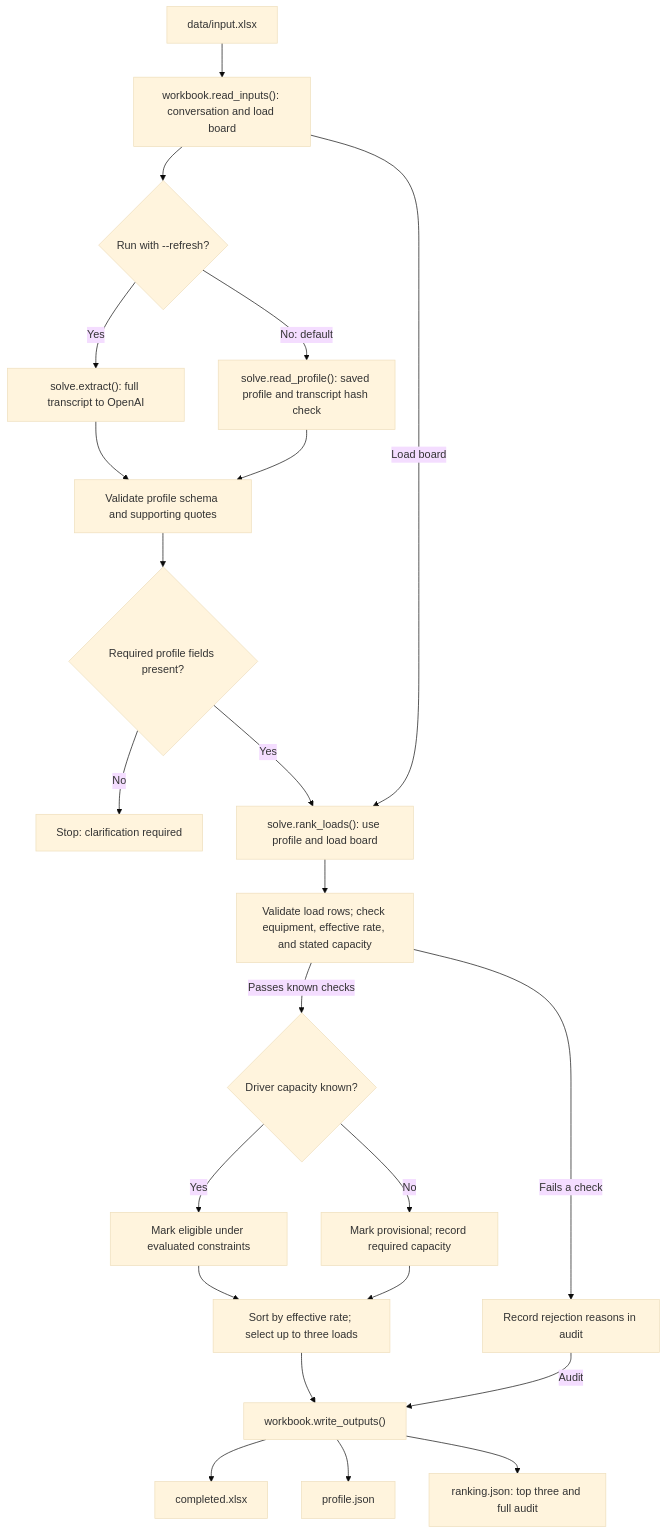
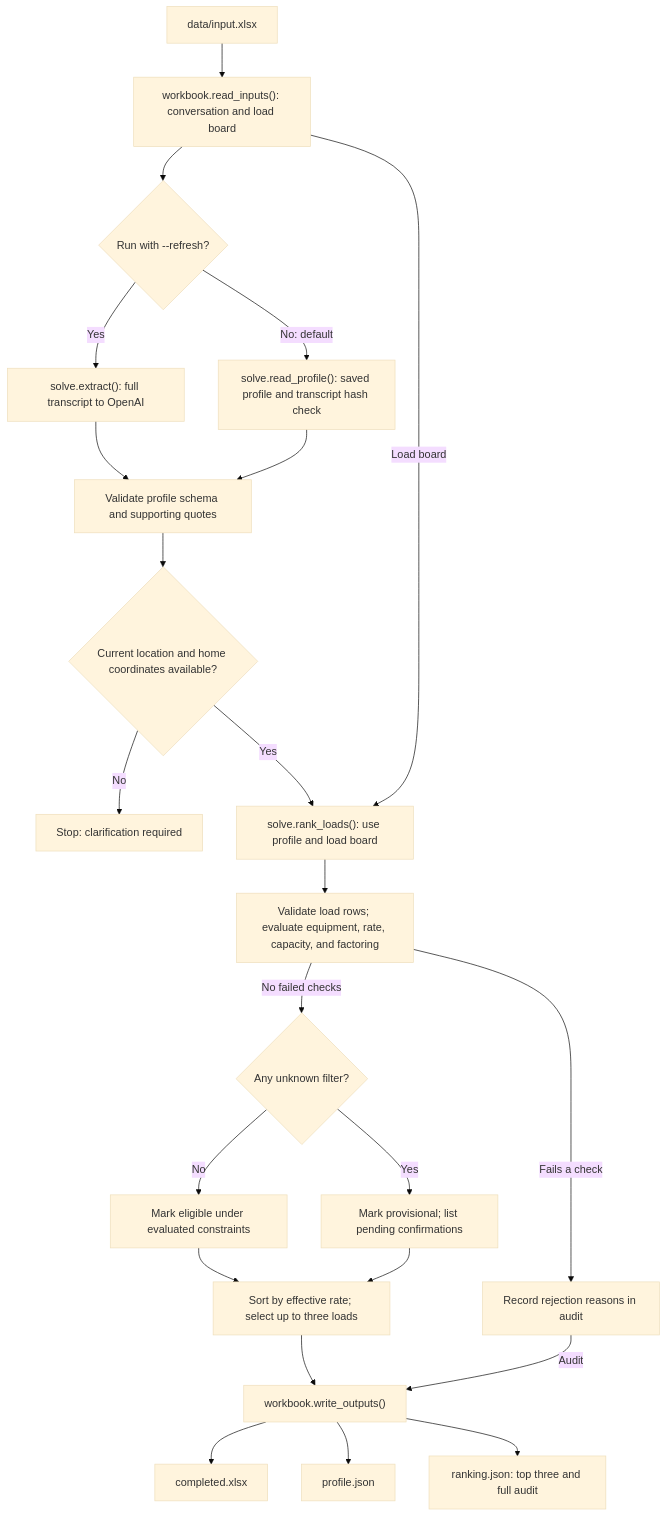
Before and after one commit to vincewu51/cinesis-load-matcher: the diagram in README.md, drawn with Mermaid (base theme). The commit also changed other lines of this file and 4 other files, not shown here.

Commit message:
Generalize provisional checks across load filters

````diff
--- a/README.md
+++ b/README.md
@@ -54,25 +54,25 @@
 ```mermaid
 flowchart TD
     Input["data/input.xlsx"] --> Read["workbook.read_inputs(): conversation and load board"]
     Read --> Mode{"Run with --refresh?"}
     Mode -->|Yes| Extract["solve.extract(): full transcript to OpenAI"]
     Mode -->|No: default| Replay["solve.read_profile(): saved profile and transcript hash check"]
     Extract --> Validate["Validate profile schema and supporting quotes"]
     Replay --> Validate
-    Validate --> Ready{"Required profile fields present?"}
+    Validate --> Ready{"Current location and home coordinates available?"}
     Ready -->|No| Stop["Stop: clarification required"]
     Ready -->|Yes| Rank["solve.rank_loads(): use profile and load board"]
     Read -->|Load board| Rank
-    Rank --> Filter["Validate load rows; check equipment, effective rate, and stated capacity"]
+    Rank --> Filter["Validate load rows; evaluate equipment, rate, capacity, and factoring"]
     Filter -->|Fails a check| Reject["Record rejection reasons in audit"]
-    Filter -->|Passes known checks| Capacity{"Driver capacity known?"}
-    Capacity -->|Yes| Eligible["Mark eligible under evaluated constraints"]
-    Capacity -->|No| Provisional["Mark provisional; record required capacity"]
+    Filter -->|No failed checks| Pending{"Any unknown filter?"}
+    Pending -->|No| Eligible["Mark eligible under evaluated constraints"]
+    Pending -->|Yes| Provisional["Mark provisional; list pending confirmations"]
     Eligible --> Sort["Sort by effective rate; select up to three loads"]
     Provisional --> Sort
     Sort --> Write["workbook.write_outputs()"]
     Reject -->|Audit| Write
     Write --> Excel["completed.xlsx"]
     Write --> Profile["profile.json"]
     Write --> Audit["ranking.json: top three and full audit"]
 ```
````
